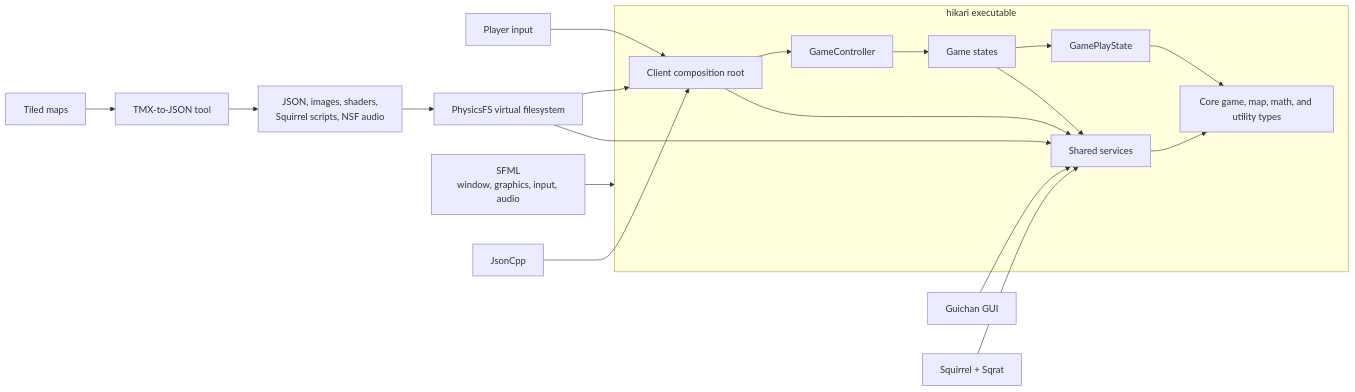
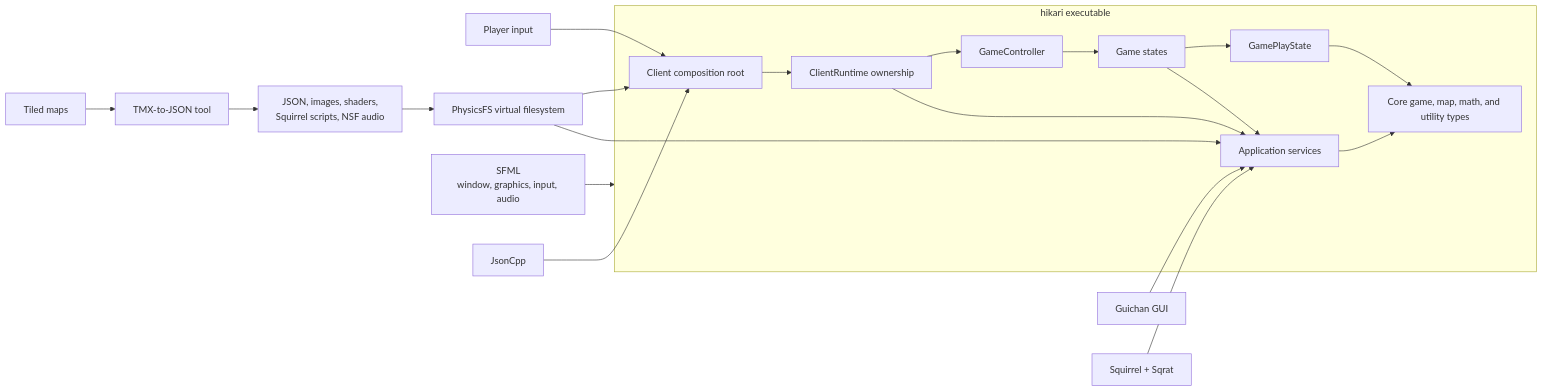
Before and after one commit to ztheh-games/hikari: the first of 6 diagrams in docs/architecture.md, drawn with Mermaid. The commit also changed other lines of this file and 75 other files, not shown here.

First line of the commit message:
Simplify runtime ownership and inject application dependencies

````diff
--- a/docs/architecture.md
+++ b/docs/architecture.md
@@ -17,33 +18,35 @@
 ```mermaid
 flowchart LR
     Player[Player input] --> Client
 
     subgraph Runtime["hikari executable"]
         Client[Client composition root]
+        Owners[ClientRuntime ownership]
         Controller[GameController]
         States[Game states]
         Gameplay[GamePlayState]
-        Services[Shared services]
+        Services[Application services]
         Core[Core game, map, math, and utility types]
 
-        Client --> Controller
-        Client --> Services
+        Client --> Owners
+        Owners --> Controller
+        Owners --> Services
         Controller --> States
         States --> Gameplay
         States --> Services
         Gameplay --> Core
         Services --> Core
     end
 
     Content["JSON, images, shaders,<br/>Squirrel scripts, NSF audio"] --> VFS[PhysicsFS virtual filesystem]
     VFS --> Client
     VFS --> Services
 
     SFML[SFML<br/>window, graphics, input, audio] --> Runtime
     Guichan[Guichan GUI] --> Services
     Squirrel[Squirrel + Sqrat] --> Services
     JSON[JsonCpp] --> Client
 
     Tiled[Tiled maps] --> Converter[TMX-to-JSON tool]
     Converter --> Content
 ```
````
